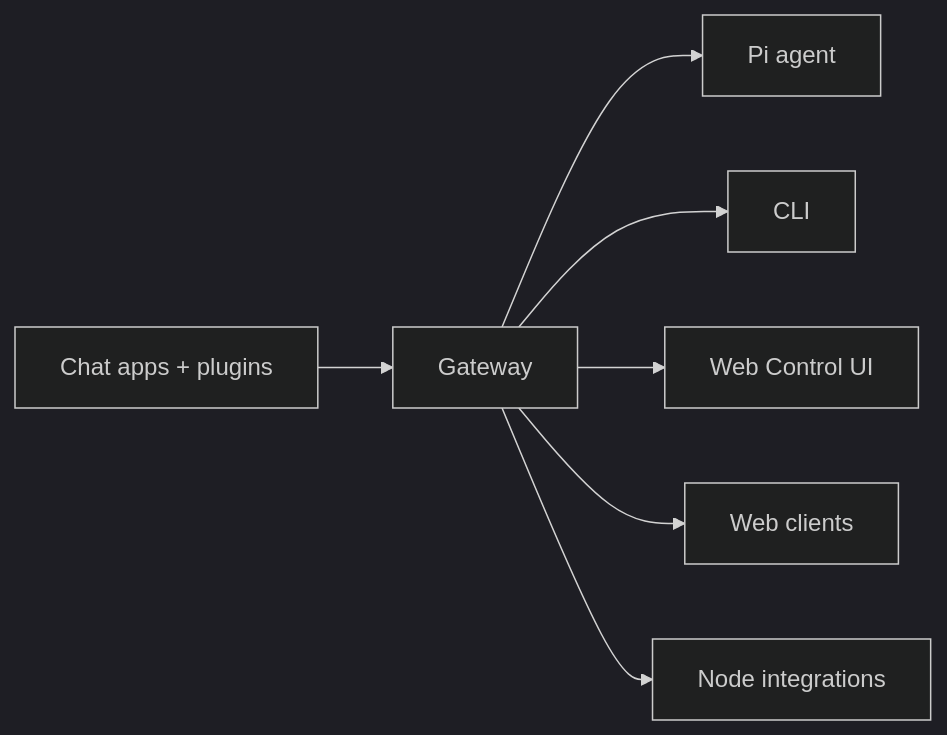
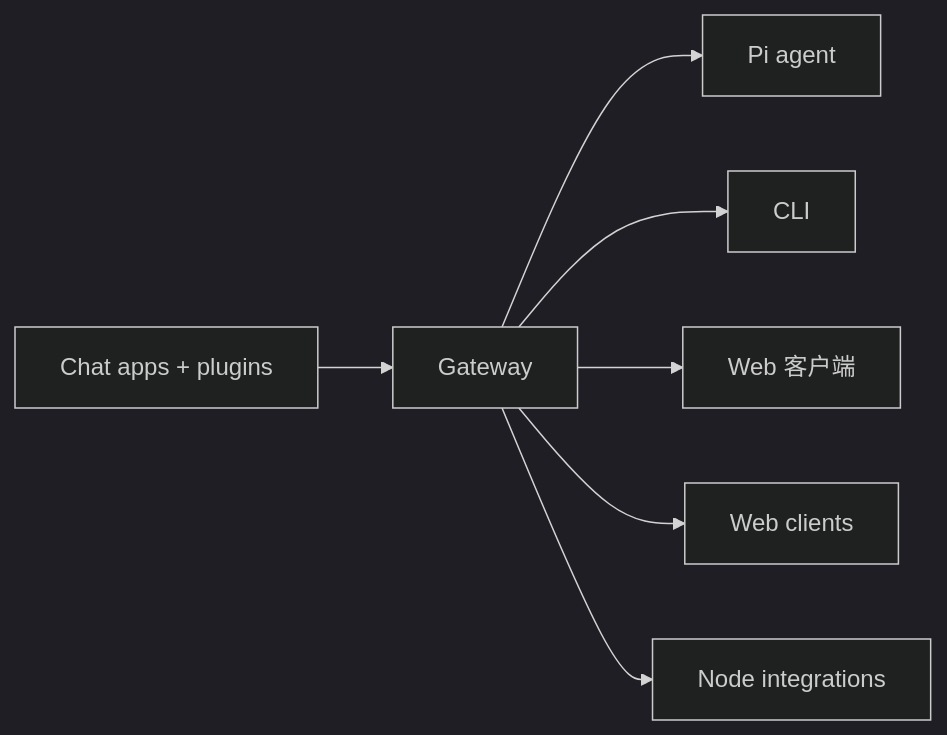
The diagram in docs/zh-CN/index.md (qianleigood/crawclaw), drawn with Mermaid (dark theme) before and after one commit. The commit also changed other lines of this file and 433 other files, not shown here.

````diff
--- a/docs/zh-CN/index.md
+++ b/docs/zh-CN/index.md
@@ -55,9 +55,9 @@
 ```mermaid
 flowchart LR
   A["Chat apps + plugins"] --> B["Gateway"]
   B --> C["Pi agent"]
   B --> D["CLI"]
-  B --> E["Web Control UI"]
+  B --> E["Web 客户端"]
   B --> F["Web clients"]
   B --> G["Node integrations"]
 ```
````
